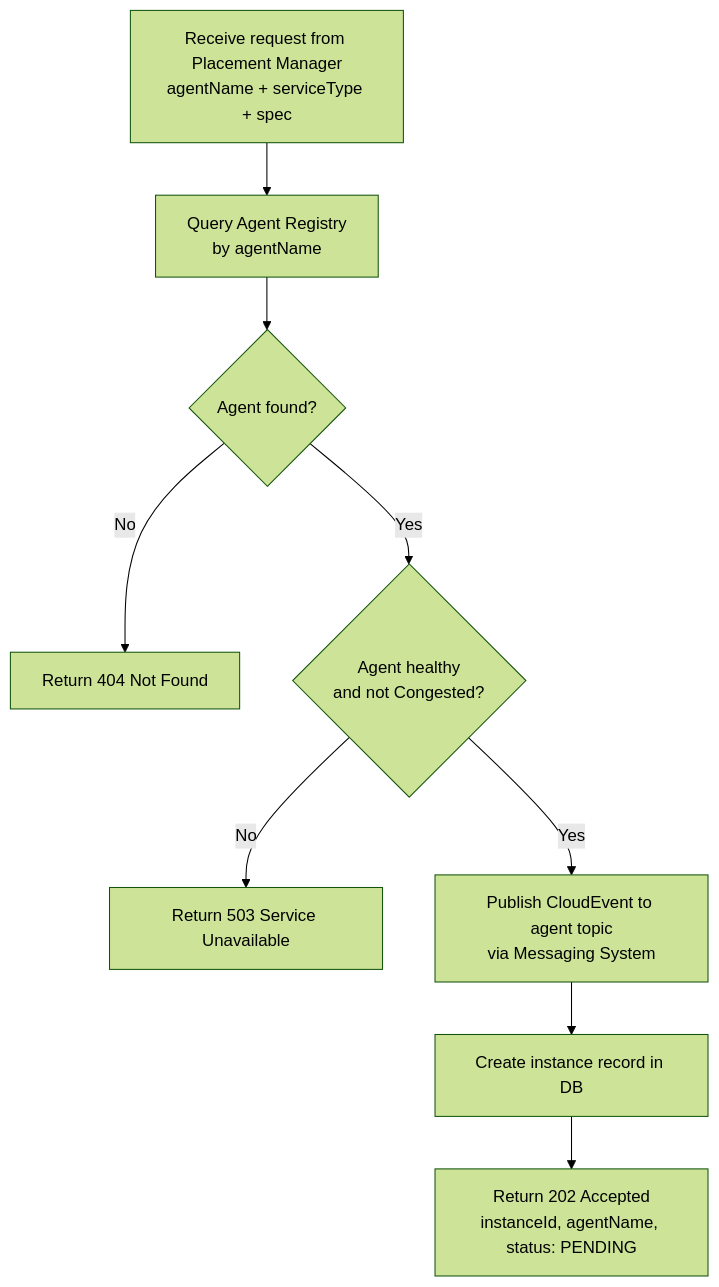
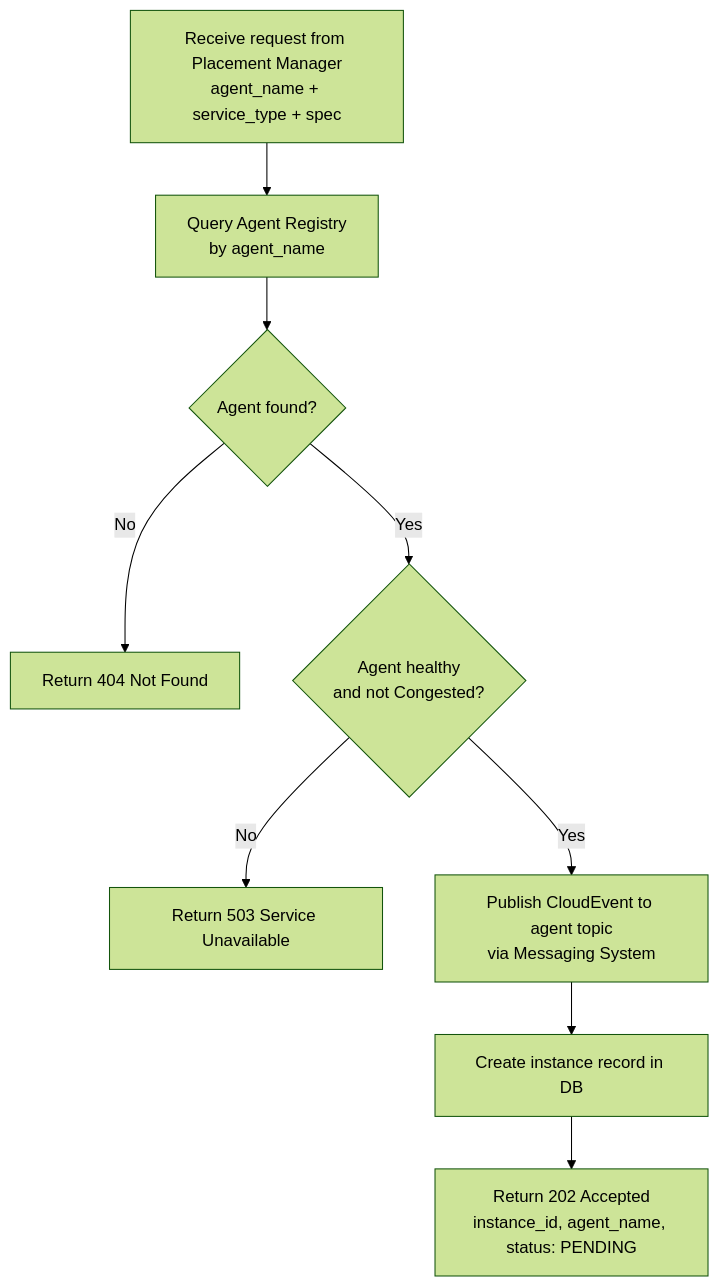
Diagram 16 of 23 in enhancements/user-flows/user-flows.md (dcm-project/enhancements), drawn with Mermaid (forest theme) before and after one commit. The commit also changed other lines of this file and 19 other files, not shown here.

````diff
--- a/enhancements/user-flows/user-flows.md
+++ b/enhancements/user-flows/user-flows.md
@@ -960,11 +960,11 @@
 ```mermaid
 flowchart TD
-    A[Receive request from Placement Manager<br/>agentName + serviceType + spec] --> B[Query Agent Registry<br/>by agentName]
+    A[Receive request from Placement Manager<br/>agent_name + service_type + spec] --> B[Query Agent Registry<br/>by agent_name]
     B --> C{Agent found?}
     C -->|No| D[Return 404 Not Found]
     C -->|Yes| E{Agent healthy<br/>and not Congested?}
     E -->|No| F[Return 503 Service Unavailable]
     E -->|Yes| G[Publish CloudEvent to agent topic<br/>via Messaging System]
     G --> H[Create instance record in DB]
-    H --> I[Return 202 Accepted<br/>instanceId, agentName, status: PENDING]
+    H --> I[Return 202 Accepted<br/>instance_id, agent_name, status: PENDING]
 ```
````
